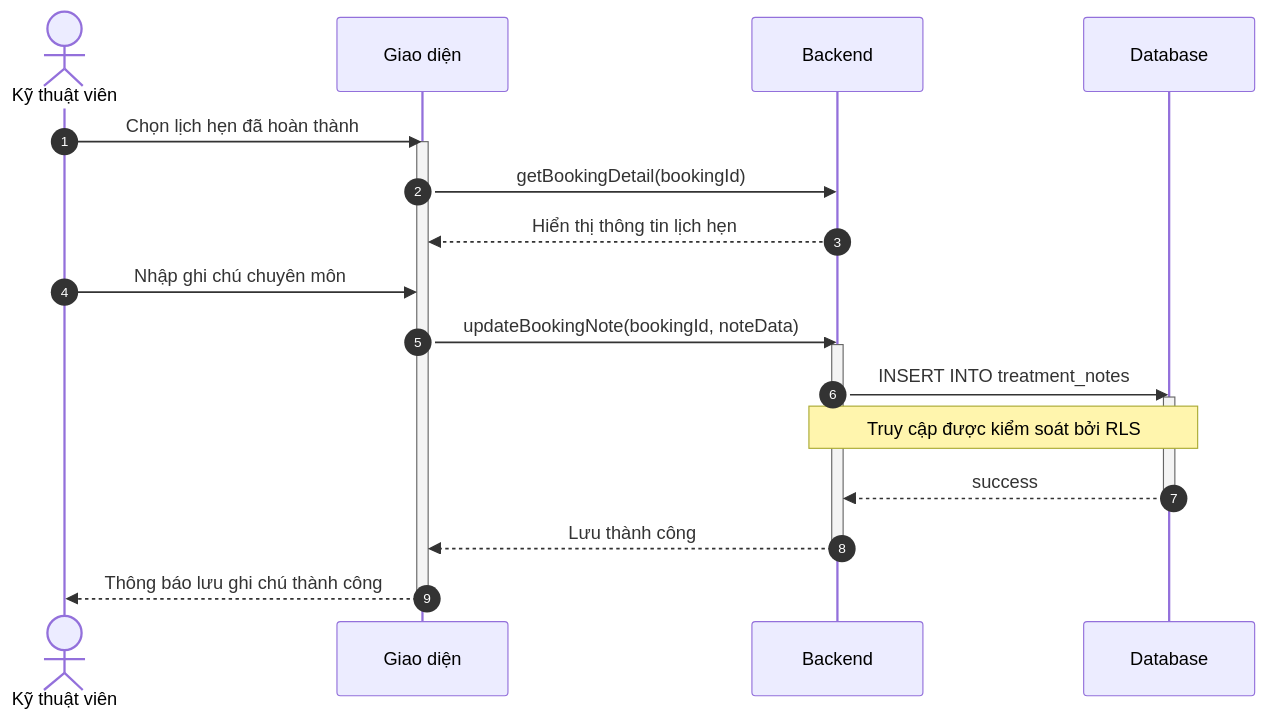
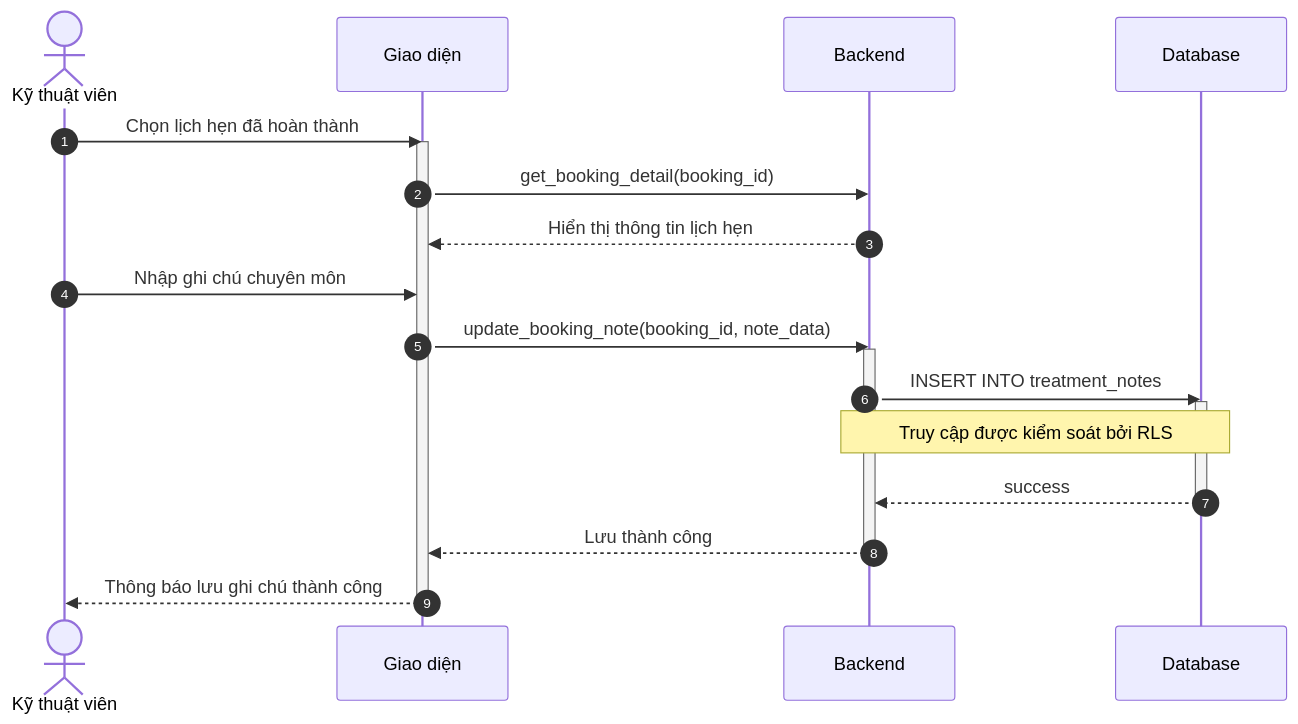
One commit to ngoctinn/Synapse changed the second of 2 diagrams in docs/design/sequences/technician_flows.md. Above: the diagram before and after it, drawn with Mermaid. The commit also changed other lines of this file and 4 other files, not shown here.

Commit message:
docs: Add activity and sequence diagrams for authentication, customer, receptionist, and technician flows.

````diff
--- a/docs/design/sequences/technician_flows.md
+++ b/docs/design/sequences/technician_flows.md
@@ -56,29 +56,29 @@
 ```mermaid
 sequenceDiagram
     autonumber
     actor KTV as Kỹ thuật viên
     participant UI as Giao diện
     participant BE as Backend
     participant DB as Database
 
     KTV->>UI: Chọn lịch hẹn đã hoàn thành
     activate UI
-    UI->>BE: getBookingDetail(bookingId)
+    UI->>BE: get_booking_detail(booking_id)
     BE-->>UI: Hiển thị thông tin lịch hẹn
 
     KTV->>UI: Nhập ghi chú chuyên môn
-    UI->>BE: updateBookingNote(bookingId, noteData)
+    UI->>BE: update_booking_note(booking_id, note_data)
     activate BE
 
     BE->>DB: INSERT INTO treatment_notes
     activate DB
     Note over BE,DB: Truy cập được kiểm soát bởi RLS
     DB-->>BE: success
     deactivate DB
 
     BE-->>UI: Lưu thành công
     deactivate BE
 
     UI-->>KTV: Thông báo lưu ghi chú thành công
     deactivate UI
 ```
````
